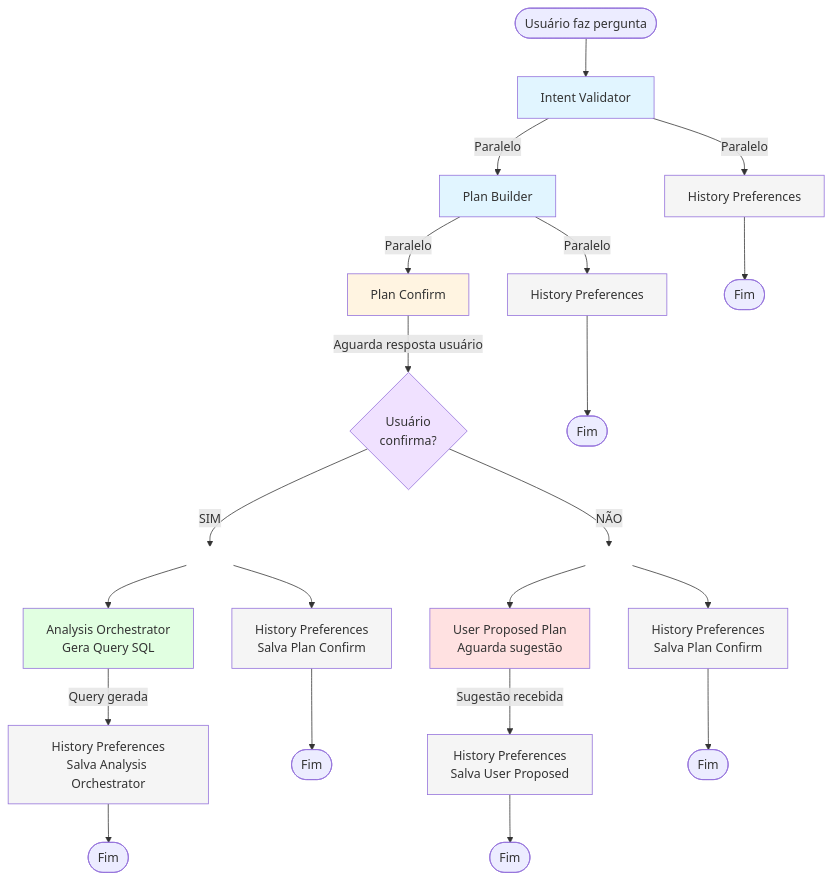
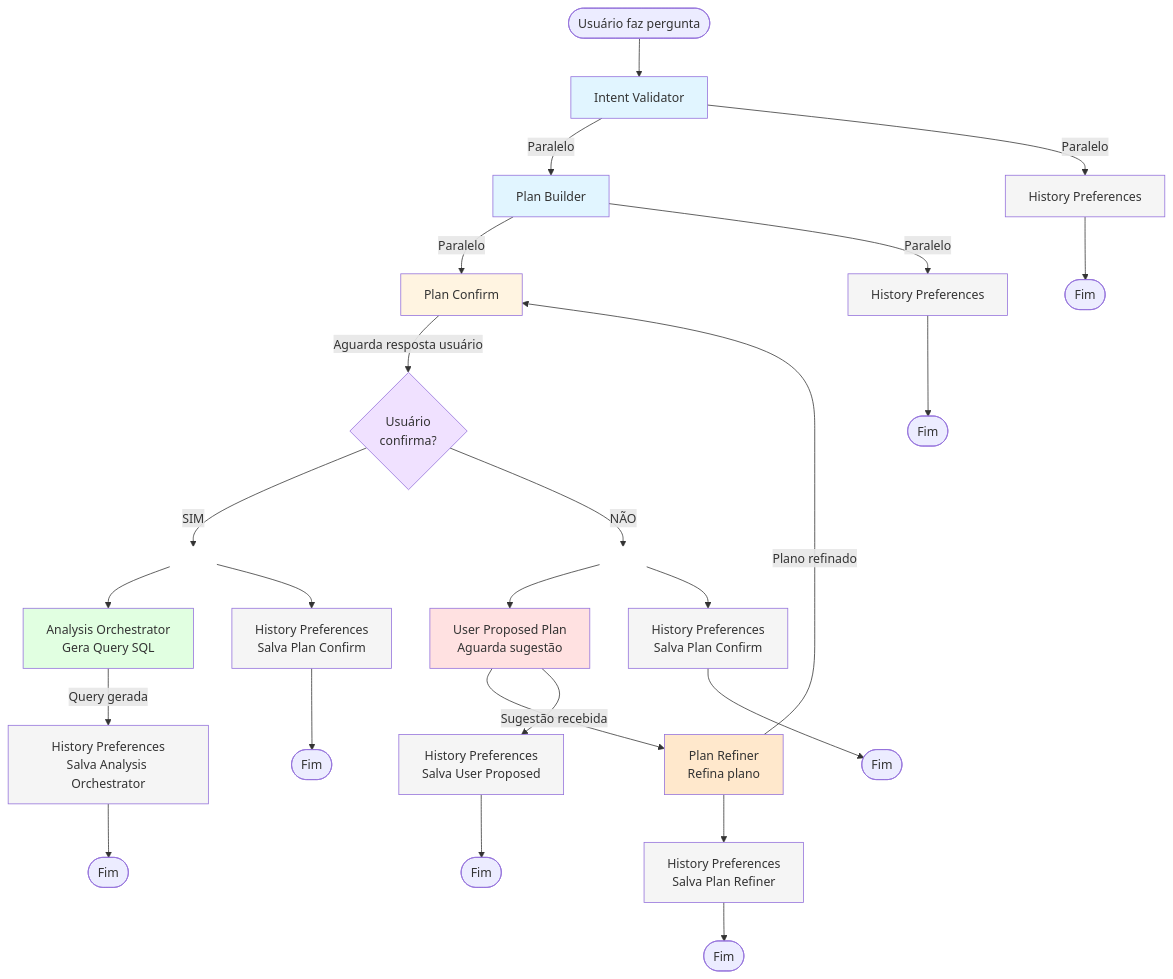
One commit to thigarciaj/ezpocket changed the diagram in actual_state_solution/graph_orchestrator_flow.mmd. Above: the diagram before and after it, drawn with Mermaid. The commit also changed 18 other files, not shown here.

```diff
--- a/actual_state_solution/graph_orchestrator_flow.mmd
+++ b/actual_state_solution/graph_orchestrator_flow.mmd
@@ -1,46 +1,53 @@
 graph TD
     Start([Usuário faz pergunta]) --> IntentValidator[Intent Validator]
     
     IntentValidator -->|Paralelo| PlanBuilder[Plan Builder]
     IntentValidator -->|Paralelo| H1[History Preferences]
     
     PlanBuilder -->|Paralelo| PlanConfirm[Plan Confirm]
     PlanBuilder -->|Paralelo| H2[History Preferences]
     
     PlanConfirm -->|Aguarda resposta usuário| Decision{Usuário<br/>confirma?}
     
     %% Ramo SIM (apenas uma seta)
     Decision -->|SIM| Yes[  ]
     Yes --> AnalysisOrchestrator[Analysis Orchestrator<br/>Gera Query SQL]
     Yes --> H3[History Preferences<br/>Salva Plan Confirm]
 
     %% Ramo NÃO (apenas uma seta)
     Decision -->|NÃO| No[  ]
     No --> UserProposed[User Proposed Plan<br/>Aguarda sugestão]
     No --> H4[History Preferences<br/>Salva Plan Confirm]
     
     AnalysisOrchestrator -->|Query gerada| H5[History Preferences<br/>Salva Analysis Orchestrator]
     
-    UserProposed -->|Sugestão recebida| H6[History Preferences<br/>Salva User Proposed]
+    UserProposed -->|Sugestão recebida| PlanRefiner[Plan Refiner<br/>Refina plano]
+    UserProposed --> H6[History Preferences<br/>Salva User Proposed]
+    
+    PlanRefiner -->|Plano refinado| PlanConfirm
+    PlanRefiner --> H7[History Preferences<br/>Salva Plan Refiner]
     
     H1 --> End1([Fim])
     H2 --> End2([Fim])
     H3 --> End3([Fim])
     H4 --> End4([Fim])
     H5 --> End5([Fim])
     H6 --> End6([Fim])
+    H7 --> End7([Fim])
 
     style IntentValidator fill:#e1f5ff
     style PlanBuilder fill:#e1f5ff
     style PlanConfirm fill:#fff4e1
     style AnalysisOrchestrator fill:#e1ffe1
     style UserProposed fill:#ffe1e1
+    style PlanRefiner fill:#ffe8cc
     style Decision fill:#f0e1ff
     style Yes fill:#ffffff,stroke:#ffffff
     style No fill:#ffffff,stroke:#ffffff
     style H1 fill:#f5f5f5
     style H2 fill:#f5f5f5
     style H3 fill:#f5f5f5
     style H4 fill:#f5f5f5
     style H5 fill:#f5f5f5
     style H6 fill:#f5f5f5
+    style H7 fill:#f5f5f5
```
